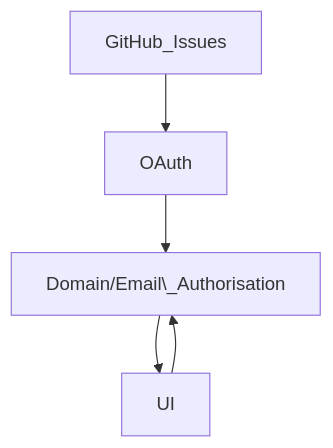
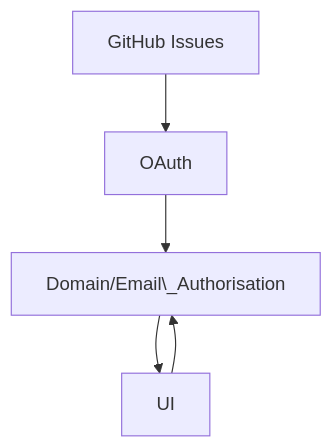
One commit to GLD5000/gld-issues changed the diagram in README.md. Above: the diagram before and after it, drawn with Mermaid.

````diff
--- a/README.md
+++ b/README.md
@@ -62,7 +62,7 @@
 ```mermaid
 graph TD;
-    GitHub_Issues-->OAuth;
+    A[GitHub Issues]-->OAuth;
     OAuth-->Domain/Email\_Authorisation;
     Domain/Email\_Authorisation-->UI;
     UI-->Domain/Email\_Authorisation;
 ```
````
